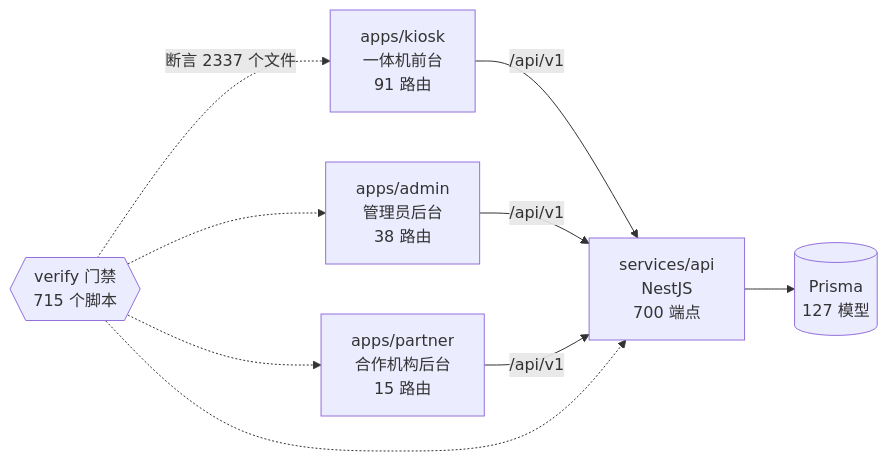
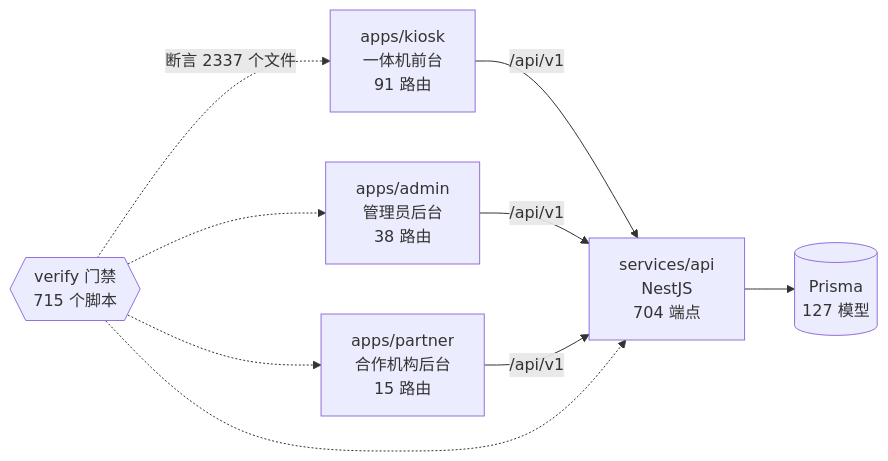
One commit to wanglei581/YITIJI changed the diagram in docs/graph/README.md. Above: the diagram before and after it, drawn with Mermaid. The commit also changed other lines of this file and 15 other files, not shown here.

Commit message:
feat(kiosk): 付款屏接入「手机上买过」owned 态、E2E、并排照稿与图谱进度

````diff
--- a/docs/graph/README.md
+++ b/docs/graph/README.md
@@ -68,18 +68,18 @@
 ```mermaid
 flowchart LR
   kiosk["apps/kiosk<br/>一体机前台<br/>91 路由"]
   admin["apps/admin<br/>管理员后台<br/>38 路由"]
   partner["apps/partner<br/>合作机构后台<br/>15 路由"]
-  api["services/api<br/>NestJS<br/>700 端点"]
+  api["services/api<br/>NestJS<br/>704 端点"]
   db[("Prisma<br/>127 模型")]
   gates{{"verify 门禁<br/>715 个脚本"}}
 
   kiosk -->|"/api/v1"| api
   admin -->|"/api/v1"| api
   partner -->|"/api/v1"| api
   api --> db
   gates -.->|"断言 2337 个文件"| kiosk
   gates -.-> admin
   gates -.-> partner
   gates -.-> api
 ```
````
